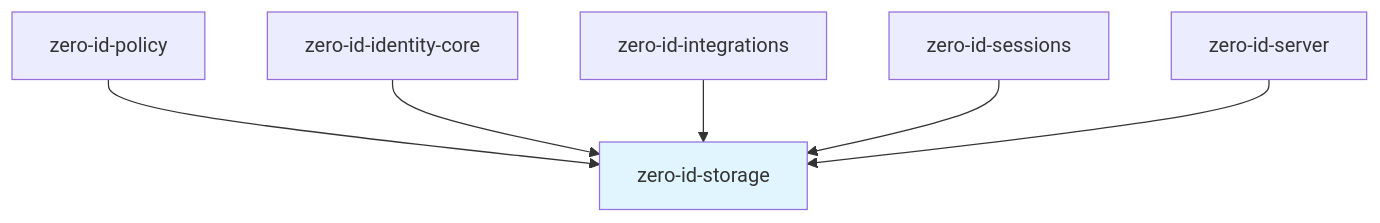
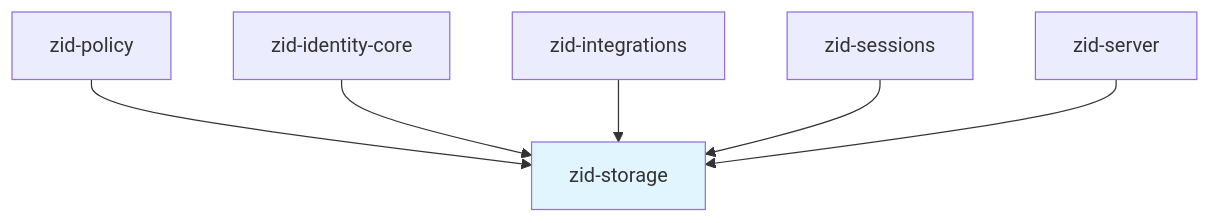
Before and after one commit to cypher-asi/zero-auth: the first of 6 diagrams in docs/spec/v0.1/02-storage.md, drawn with Mermaid. The commit also changed other lines of this file and 240 other files, not shown here.

Commit message:
refactor: shorten crate names from zero-id-* to zid-* prefix

````diff
--- a/docs/spec/v0.1/02-storage.md
+++ b/docs/spec/v0.1/02-storage.md
@@ -24,12 +24,12 @@
 ```mermaid
 graph TD
-    STORAGE[zero-id-storage]
+    STORAGE[zid-storage]
     
-    POLICY[zero-id-policy] --> STORAGE
-    IDENTITY[zero-id-identity-core] --> STORAGE
-    INTEGRATIONS[zero-id-integrations] --> STORAGE
-    SESSIONS[zero-id-sessions] --> STORAGE
-    SERVER[zero-id-server] --> STORAGE
+    POLICY[zid-policy] --> STORAGE
+    IDENTITY[zid-identity-core] --> STORAGE
+    INTEGRATIONS[zid-integrations] --> STORAGE
+    SESSIONS[zid-sessions] --> STORAGE
+    SERVER[zid-server] --> STORAGE
     
     style STORAGE fill:#e1f5fe
 ```
````
